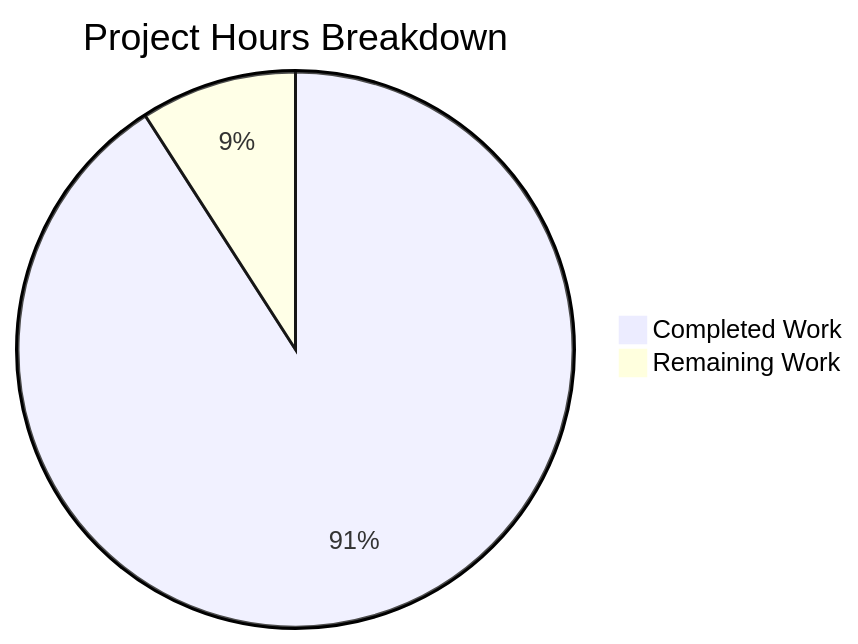
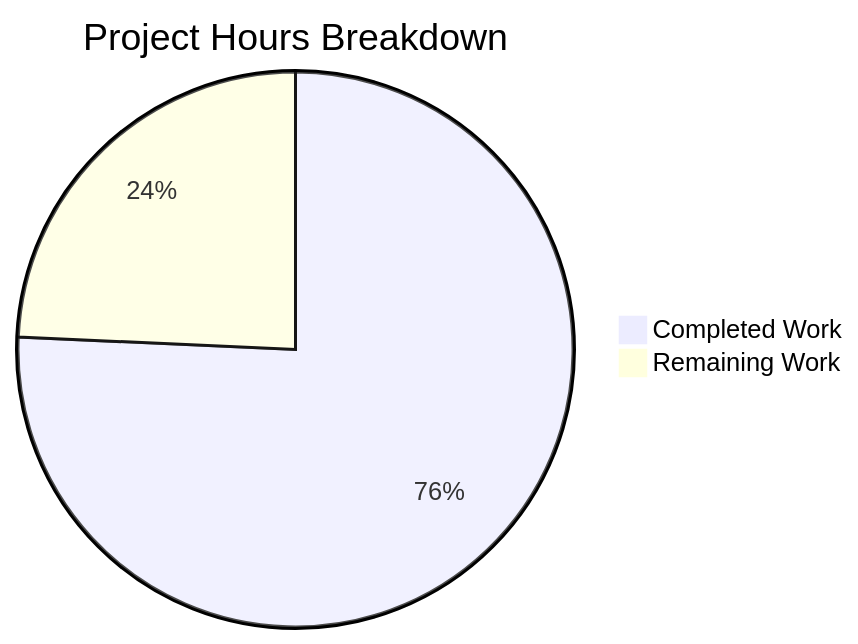
Before and after one commit to blitzy-public-samples/blitzy-WebVella-ERP: the diagram in blitzy/documentation/Project Guide.md, drawn with Mermaid. The commit also changed other lines of this file, not shown here.

Commit message:
Adding Blitzy Project Guide: Project Status and Human Tasks Remaining

````diff
--- a/blitzy/documentation/Project Guide.md
+++ b/blitzy/documentation/Project Guide.md
@@ -56,5 +88,5 @@
 ```mermaid
 pie title Project Hours Breakdown
-    "Completed Work" : 10
-    "Remaining Work" : 1
+    "Completed Work" : 53
+    "Remaining Work" : 17
 ```
````
